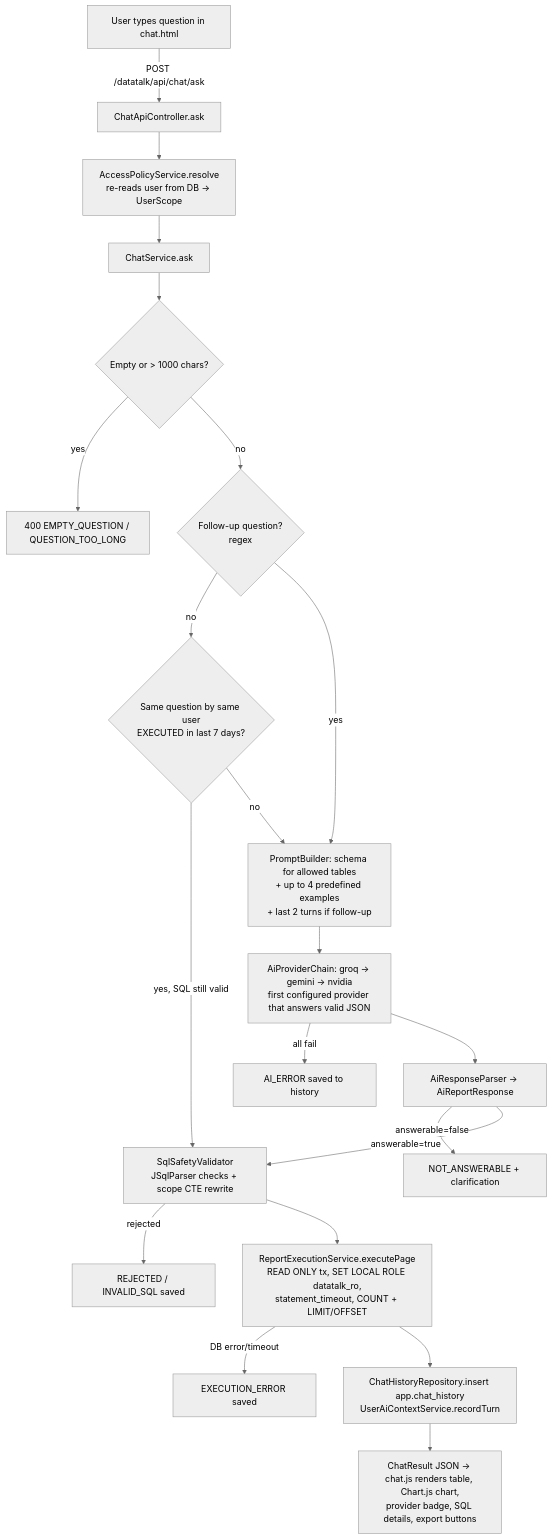
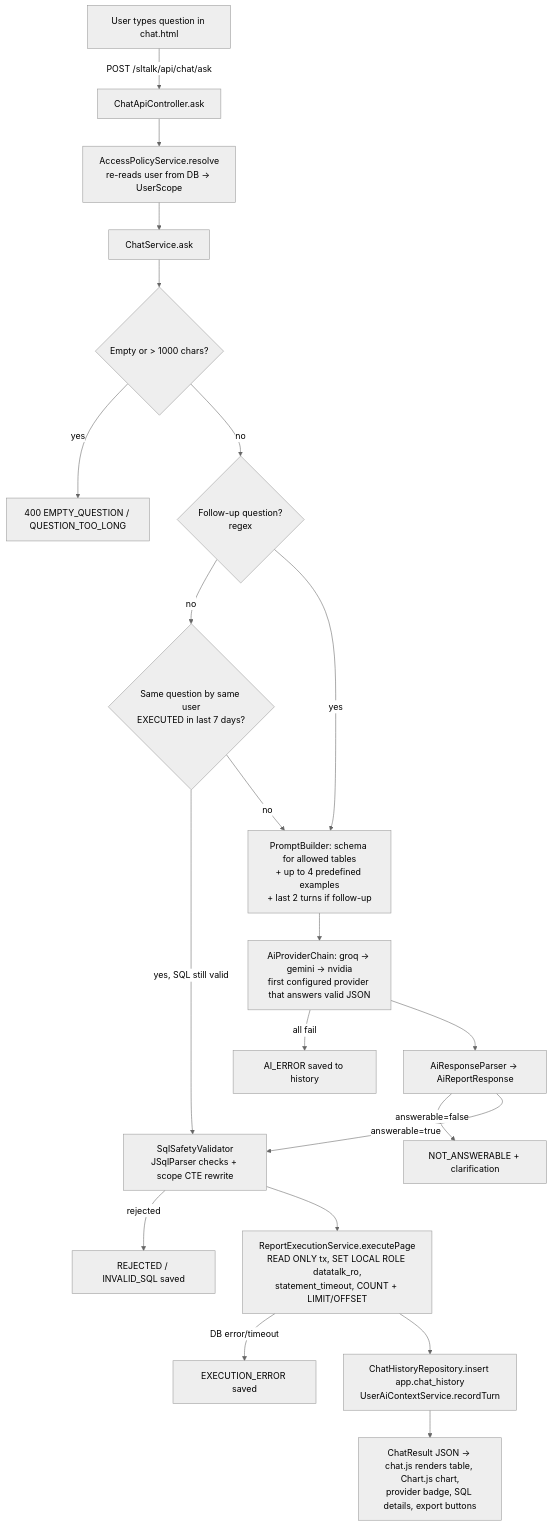
The diagram in docs/POC_IMPLEMENTATION_DETAILS.md (BhanuupriyaSekar-A/DataTalk-AI), drawn with Mermaid (neutral theme) before and after one commit. The commit also changed other lines of this file and 40 other files, not shown here.

````diff
--- a/docs/POC_IMPLEMENTATION_DETAILS.md
+++ b/docs/POC_IMPLEMENTATION_DETAILS.md
@@ -34,23 +34,23 @@
 ```mermaid
 flowchart TD
-    U[User types question in chat.html] -->|POST /datatalk/api/chat/ask| C[ChatApiController.ask]
+    U[User types question in chat.html] -->|POST /sltalk/api/chat/ask| C[ChatApiController.ask]
     C --> AP[AccessPolicyService.resolve<br/>re-reads user from DB -> UserScope]
     AP --> CS[ChatService.ask]
     CS --> V0{Empty or > 1000 chars?}
     V0 -->|yes| E0[400 EMPTY_QUESTION / QUESTION_TOO_LONG]
     V0 -->|no| FU{Follow-up question?<br/>regex}
     FU -->|no| CACHE{Same question by same user<br/>EXECUTED in last 7 days?}
     CACHE -->|yes, SQL still valid| VAL
     CACHE -->|no| PB
     FU -->|yes| PB[PromptBuilder: schema for allowed tables<br/>+ up to 4 predefined examples<br/>+ last 2 turns if follow-up]
     PB --> CH[AiProviderChain: groq -> gemini -> nvidia<br/>first configured provider that answers valid JSON]
     CH -->|all fail| AIERR[AI_ERROR saved to history]
     CH --> P[AiResponseParser -> AiReportResponse]
     P -->|answerable=false| NA[NOT_ANSWERABLE + clarification]
     P -->|answerable=true| VAL[SqlSafetyValidator<br/>JSqlParser checks + scope CTE rewrite]
     VAL -->|rejected| REJ[REJECTED / INVALID_SQL saved]
     VAL --> EX[ReportExecutionService.executePage<br/>READ ONLY tx, SET LOCAL ROLE datatalk_ro,<br/>statement_timeout, COUNT + LIMIT/OFFSET]
     EX -->|DB error/timeout| EXERR[EXECUTION_ERROR saved]
     EX --> H[ChatHistoryRepository.insert app.chat_history<br/>UserAiContextService.recordTurn]
     H --> R[ChatResult JSON -> chat.js renders table, Chart.js chart,<br/>provider badge, SQL details, export buttons]
 ```
````
